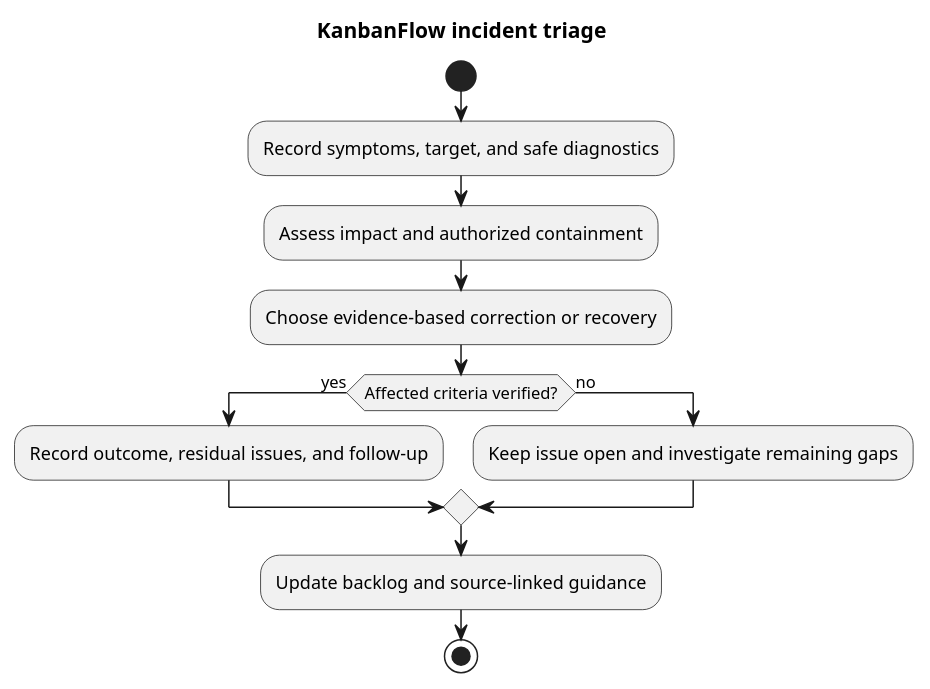
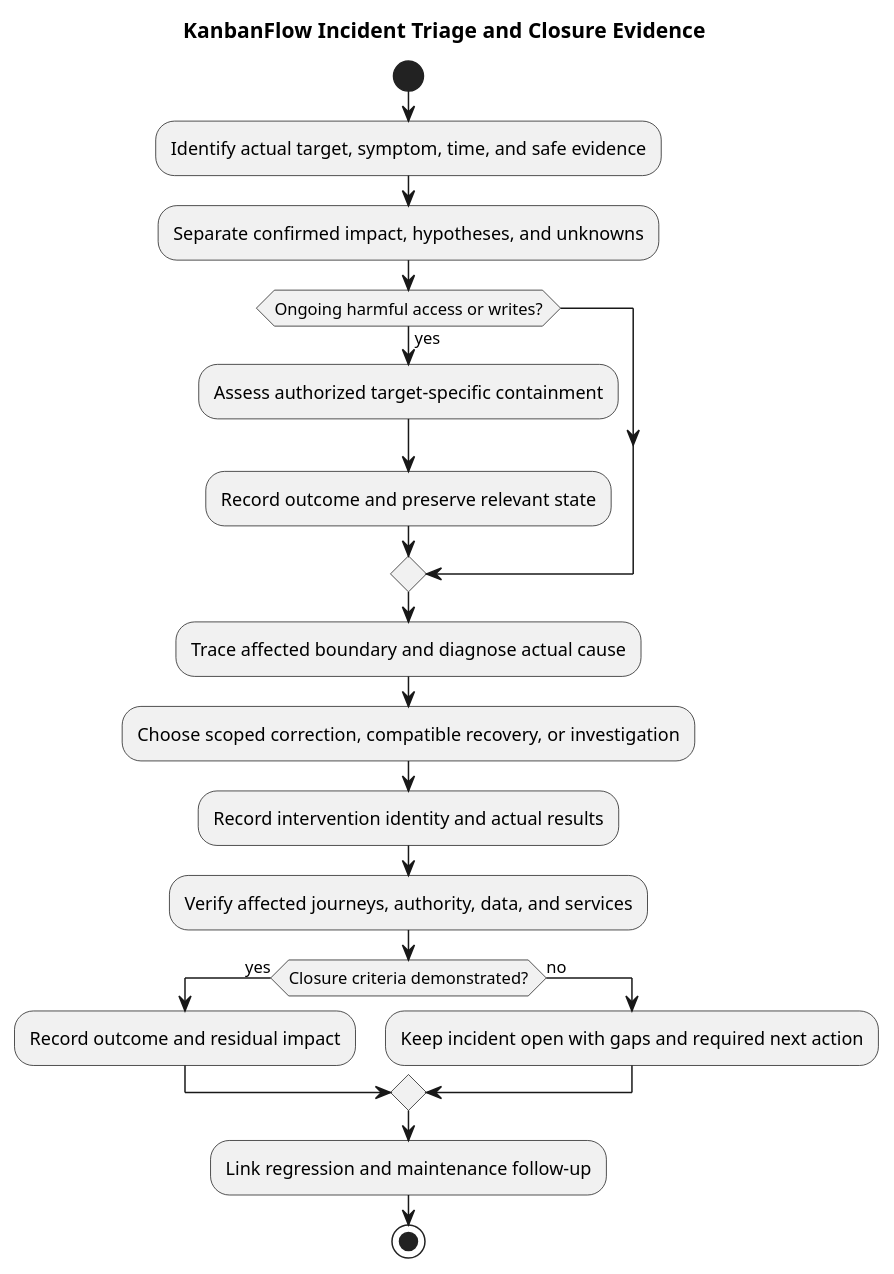
One commit to Farhad-Valizadegan/Web-KanbanFlow changed the diagram in docs/SDLC/08-maintenance/incident-triage.md. Above: the diagram before and after it, drawn with PlantUML. The commit also changed other lines of this file and 2 other files, not shown here.

Commit message:
docs: complete incident triage and closure evidence guidance

````diff
--- a/docs/SDLC/08-maintenance/incident-triage.md
+++ b/docs/SDLC/08-maintenance/incident-triage.md
@@ -40,16 +125,23 @@
 ```plantuml
 @startuml
-title KanbanFlow incident triage
+title KanbanFlow Incident Triage and Closure Evidence
 start
-:Record symptoms, target, and safe diagnostics;
-:Assess impact and authorized containment;
-:Choose evidence-based correction or recovery;
-if (Affected criteria verified?) then (yes)
-:Record outcome, residual issues, and follow-up;
+:Identify actual target, symptom, time, and safe evidence;
+:Separate confirmed impact, hypotheses, and unknowns;
+if (Ongoing harmful access or writes?) then (yes)
+ :Assess authorized target-specific containment;
+ :Record outcome and preserve relevant state;
+endif
+:Trace affected boundary and diagnose actual cause;
+:Choose scoped correction, compatible recovery, or investigation;
+:Record intervention identity and actual results;
+:Verify affected journeys, authority, data, and services;
+if (Closure criteria demonstrated?) then (yes)
+ :Record outcome and residual impact;
 else (no)
-:Keep issue open and investigate remaining gaps;
+ :Keep incident open with gaps and required next action;
 endif
-:Update backlog and source-linked guidance;
+:Link regression and maintenance follow-up;
 stop
 @enduml
 ```
````
